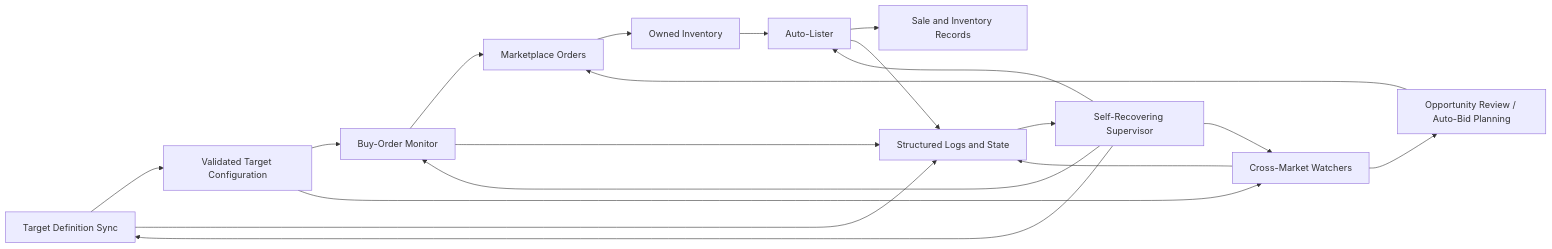
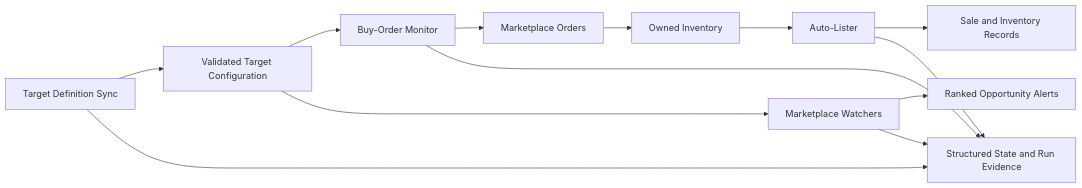
The first of 3 diagrams in README.md (ChardXBT/CS2-Marketplace-Trading-System), drawn with Mermaid before and after one commit. The commit also changed other lines of this file, not shown here.

Commit message:
Correct marketplace system scope

````diff
--- a/README.md
+++ b/README.md
@@ -15,23 +14,16 @@
 ```mermaid
 flowchart LR
     A["Target Definition Sync"] --> B["Validated Target Configuration"]
     B --> C["Buy-Order Monitor"]
-    B --> D["Cross-Market Watchers"]
-    D --> E["Opportunity Review / Auto-Bid Planning"]
-    C --> F["Marketplace Orders"]
-    E --> F
-    F --> G["Owned Inventory"]
+    B --> D["Marketplace Watchers"]
+    C --> E["Marketplace Orders"]
+    D --> F["Ranked Opportunity Alerts"]
+    E --> G["Owned Inventory"]
     G --> H["Auto-Lister"]
     H --> I["Sale and Inventory Records"]
 
-    S["Self-Recovering Supervisor"] --> C
-    S --> D
-    S --> H
-    S --> A
-
-    C --> O["Structured Logs and State"]
-    D --> O
-    H --> O
-    A --> O
-    O --> S
+    C --> J["Structured State and Run Evidence"]
+    D --> J
+    H --> J
+    A --> J
 ```
````
